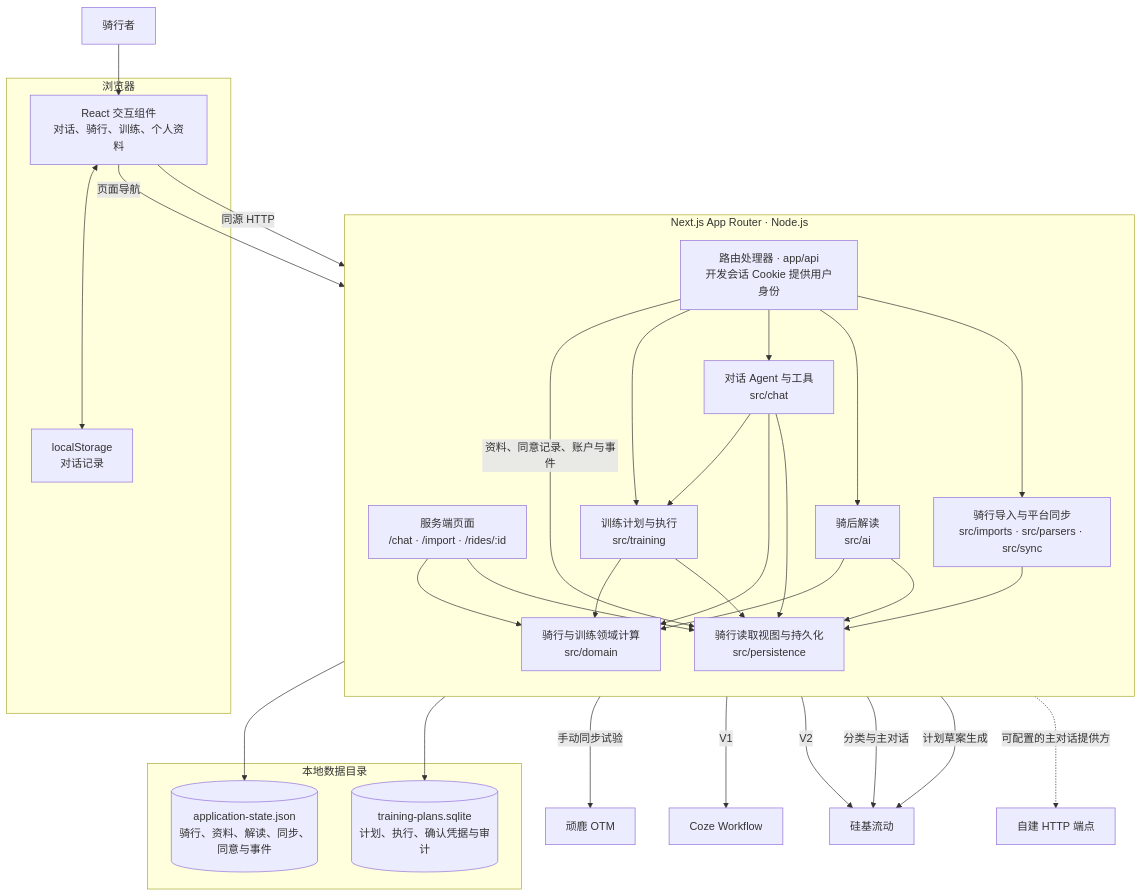
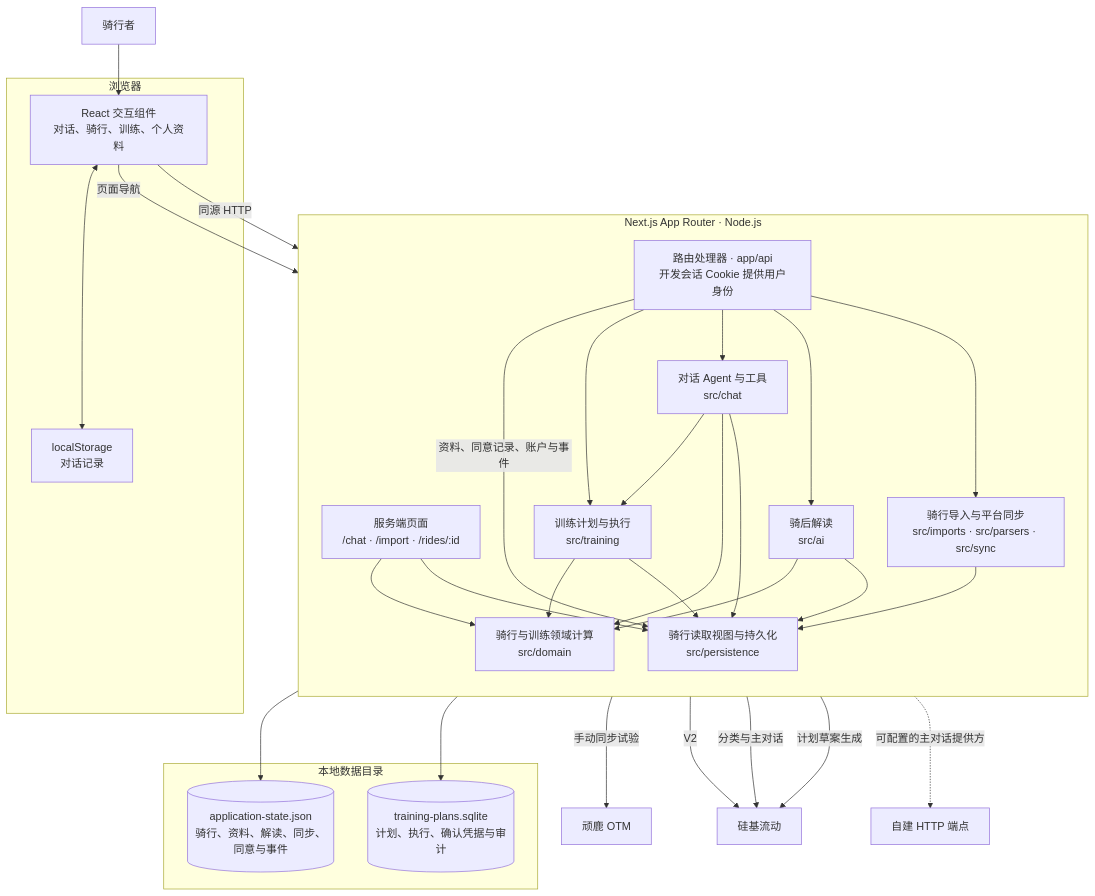
The first of 5 diagrams in doc_m7_main/AI_Cycler_项目架构.md (yininglee/ai-cycler), drawn with Mermaid before and after one commit. The commit also changed other lines of this file and 16 other files, not shown here.

````diff
--- a/doc_m7_main/AI_Cycler_项目架构.md
+++ b/doc_m7_main/AI_Cycler_项目架构.md
@@ -9,42 +9,41 @@
 ```mermaid
 flowchart TB
     Rider["骑行者"]
     subgraph Web["浏览器"]
         UI["React 交互组件<br/>对话、骑行、训练、个人资料"]
         History["localStorage<br/>对话记录"]
         UI <--> History
     end
     subgraph App["Next.js App Router · Node.js"]
         direction TB
         Pages["服务端页面<br/>/chat · /import · /rides/:id"]
         API["路由处理器 · app/api<br/>开发会话 Cookie 提供用户身份"]
         Import["骑行导入与平台同步<br/>src/imports · src/parsers · src/sync"]
         Analysis["骑后解读<br/>src/ai"]
         Chat["对话 Agent 与工具<br/>src/chat"]
         Training["训练计划与执行<br/>src/training"]
         Domain["骑行与训练领域计算<br/>src/domain"]
         Data["骑行读取视图与持久化<br/>src/persistence"]
         API --> Import & Analysis & Chat & Training
         Pages --> Data
         Pages --> Domain
         Import --> Data
         Analysis --> Data & Domain
         Chat --> Data & Domain & Training
         Training --> Data & Domain
         API -->|资料、同意记录、账户与事件| Data
     end
     subgraph Local["本地数据目录"]
         JSON[("application-state.json<br/>骑行、资料、解读、同步、同意与事件")]
         SQLite[("training-plans.sqlite<br/>计划、执行、确认凭据与审计")]
     end
     Rider --> UI
     UI -->|页面导航| Pages
     UI -->|同源 HTTP| API
     Data --> JSON & SQLite
     Import -->|手动同步试验| OneLap["顽鹿 OTM"]
-    Analysis -->|V1| Coze["Coze Workflow"]
     Analysis -->|V2| Models["硅基流动"]
     Chat -->|分类与主对话| Models
     Chat -.->|可配置的主对话提供方| HTTP["自建 HTTP 端点"]
     Training -->|计划草案生成| Models
 ```
````
